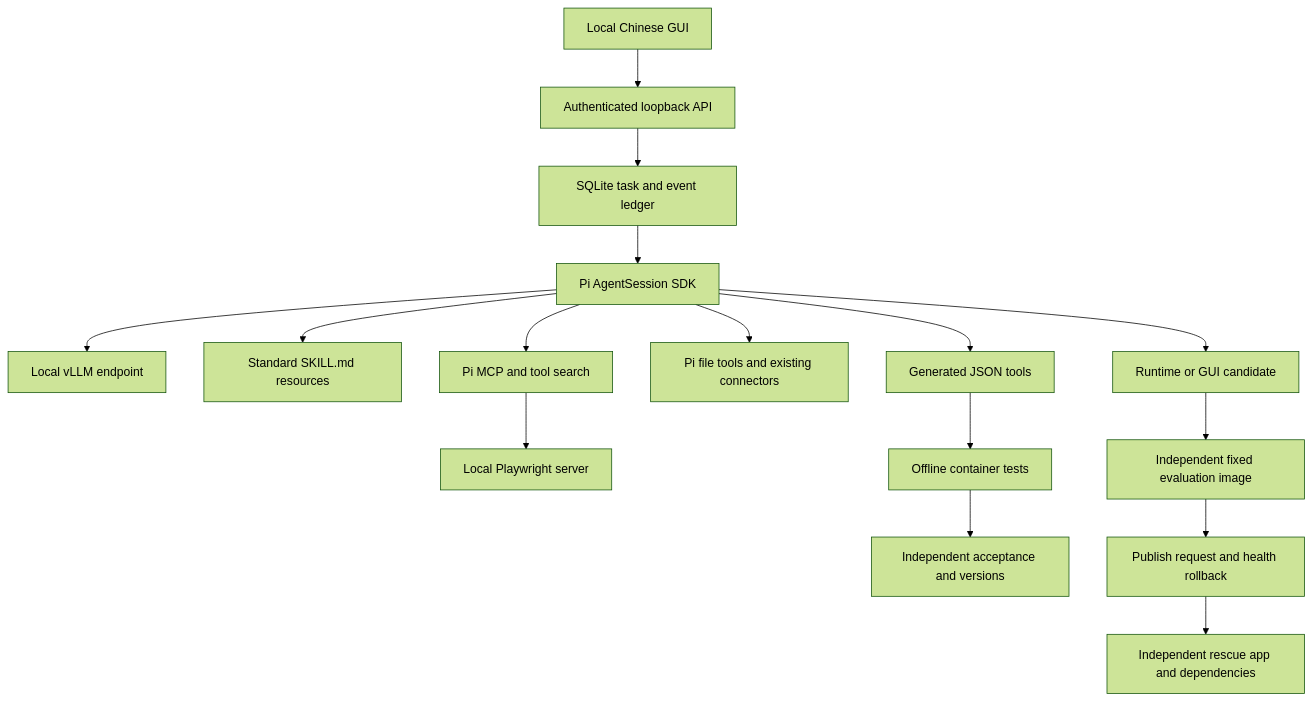
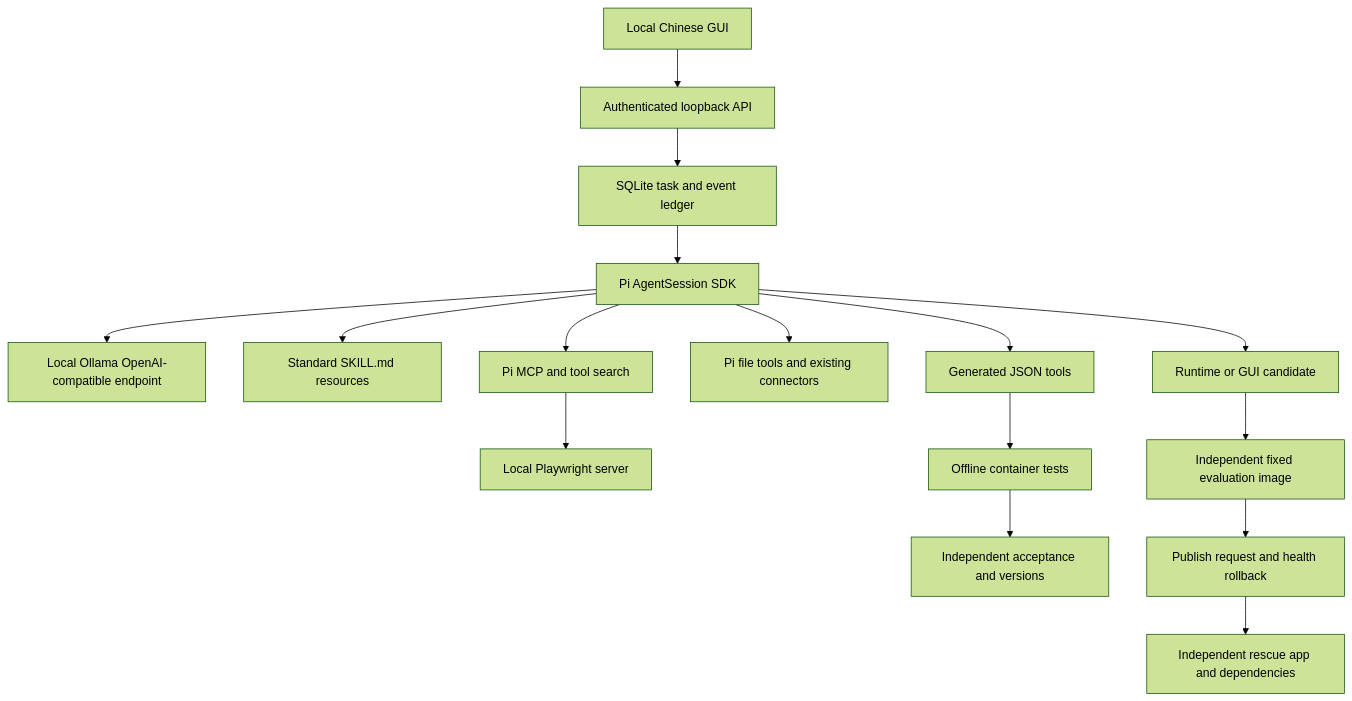
One commit to austinchennn/alien changed the diagram in docs/architecture.md. Above: the diagram before and after it, drawn with Mermaid (forest theme). The commit also changed other lines of this file and 21 other files, not shown here.

Commit message:
feat: switch local inference to native Ollama

````diff
--- a/docs/architecture.md
+++ b/docs/architecture.md
@@ -3,18 +3,18 @@
 ```mermaid
 flowchart TD
   UI[Local Chinese GUI] --> API[Authenticated loopback API]
   API --> Queue[SQLite task and event ledger]
   Queue --> Pi[Pi AgentSession SDK]
-  Pi --> Model[Local vLLM endpoint]
+  Pi --> Model[Local Ollama OpenAI-compatible endpoint]
   Pi --> Skills[Standard SKILL.md resources]
   Pi --> MCP[Pi MCP and tool search]
   MCP --> Browser[Local Playwright server]
   Pi --> Tools[Pi file tools and existing connectors]
   Pi --> Candidate[Generated JSON tools]
   Candidate --> Sandbox[Offline container tests]
   Sandbox --> Registry[Independent acceptance and versions]
   Pi --> Patch[Runtime or GUI candidate]
   Patch --> Evaluator[Independent fixed evaluation image]
   Evaluator --> Supervisor[Publish request and health rollback]
   Supervisor --> Rescue[Independent rescue app and dependencies]
 ```
````
